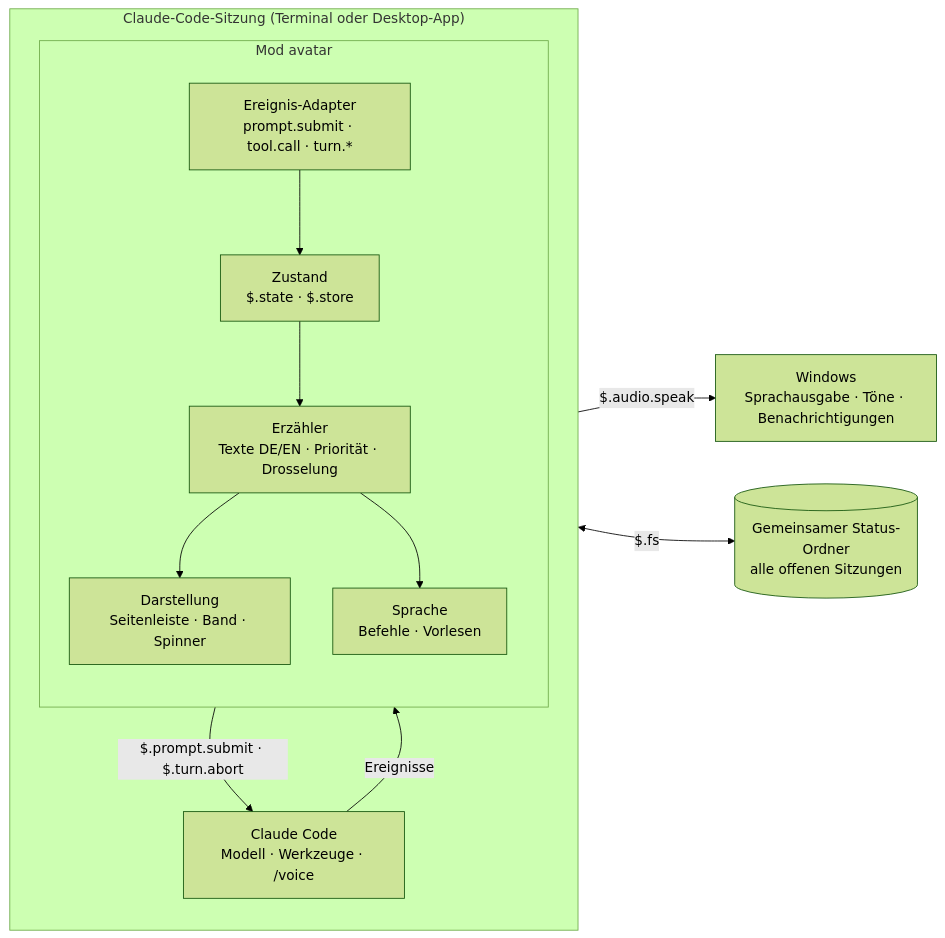
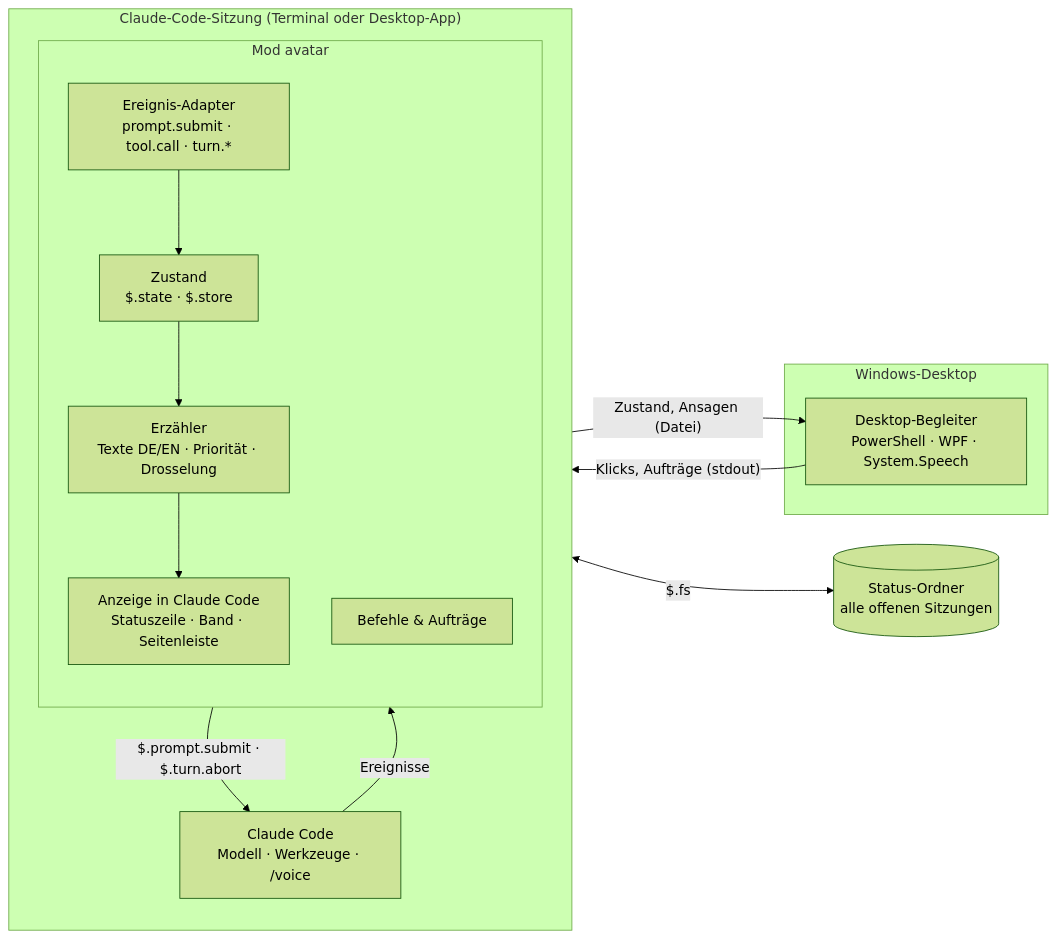
Before and after one commit to AyGeeI/claude-desktop-avatar: the first of 3 diagrams in docs/PLAN.md, drawn with Mermaid (forest theme). The commit also changed other lines of this file and 3 other files, not shown here.

````diff
--- a/docs/PLAN.md
+++ b/docs/PLAN.md
@@ -137,25 +139,27 @@
 ```mermaid
 flowchart LR
     subgraph CC["Claude-Code-Sitzung (Terminal oder Desktop-App)"]
         direction TB
         ENG["Claude Code<br/>Modell · Werkzeuge · /voice"]
         subgraph MOD["Mod avatar"]
             direction TB
             EV["Ereignis-Adapter<br/>prompt.submit · tool.call · turn.*"]
             ST["Zustand<br/>$.state · $.store"]
             NAR["Erzähler<br/>Texte DE/EN · Priorität · Drosselung"]
-            VO["Sprache<br/>Befehle · Vorlesen"]
-            UI["Darstellung<br/>Seitenleiste · Band · Spinner"]
+            CMD["Befehle & Aufträge"]
+            UI["Anzeige in Claude Code<br/>Statuszeile · Band · Seitenleiste"]
         end
     end
-    SH[("Gemeinsamer Status-Ordner<br/>alle offenen Sitzungen")]
-    WIN["Windows<br/>Sprachausgabe · Töne · Benachrichtigungen"]
+    subgraph DESK["Windows-Desktop"]
+        BEG["Desktop-Begleiter<br/>PowerShell · WPF · System.Speech"]
+    end
+    SH[("Status-Ordner<br/>alle offenen Sitzungen")]
 
     ENG -->|"Ereignisse"| EV
     EV --> ST --> NAR
     NAR --> UI
-    NAR --> VO
-    VO -->|"$.prompt.submit · $.turn.abort"| ENG
-    VO -->|"$.audio.speak"| WIN
+    NAR -->|"Zustand, Ansagen (Datei)"| BEG
+    BEG -->|"Klicks, Aufträge (stdout)"| CMD
+    CMD -->|"$.prompt.submit · $.turn.abort"| ENG
     ST <-->|"$.fs"| SH
 ```
````
